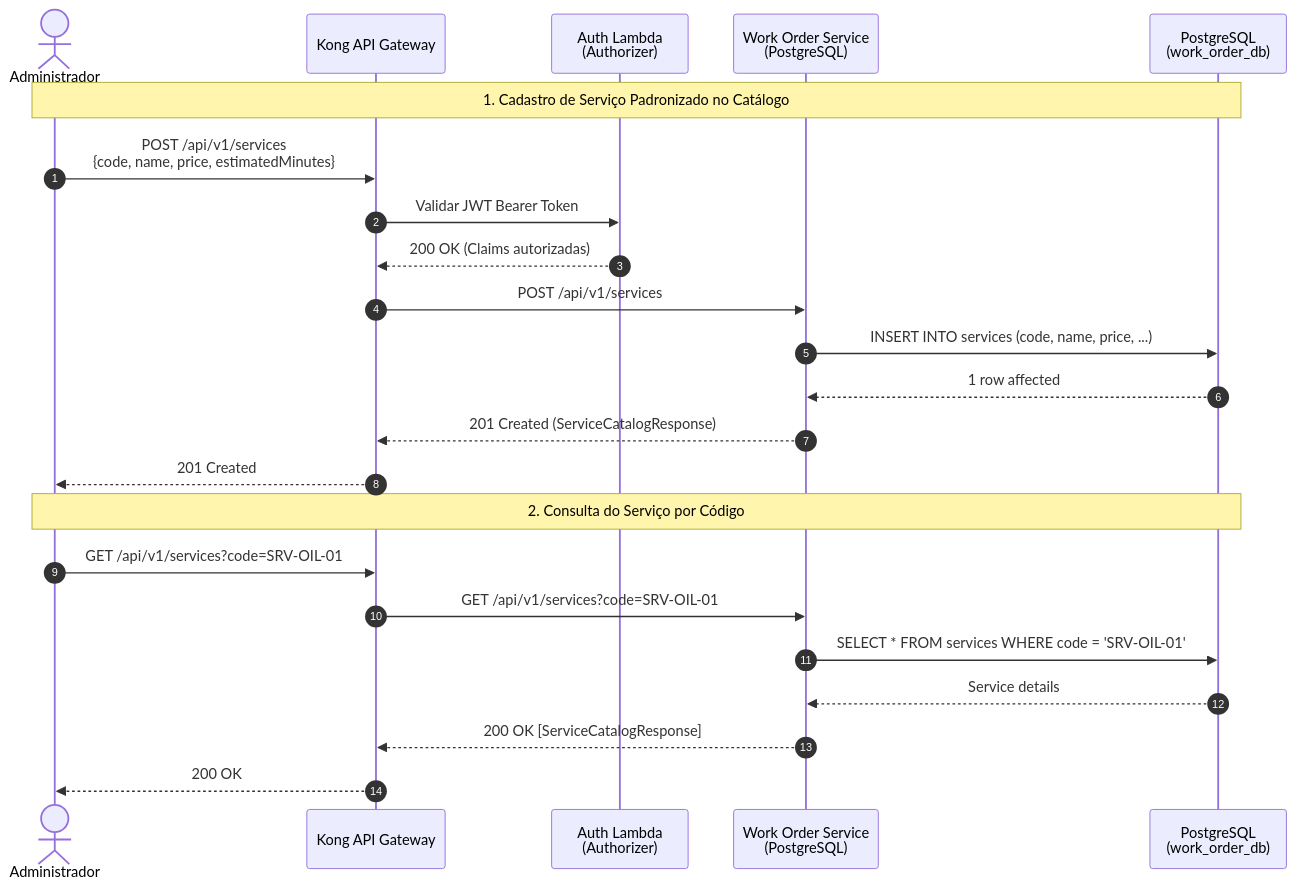
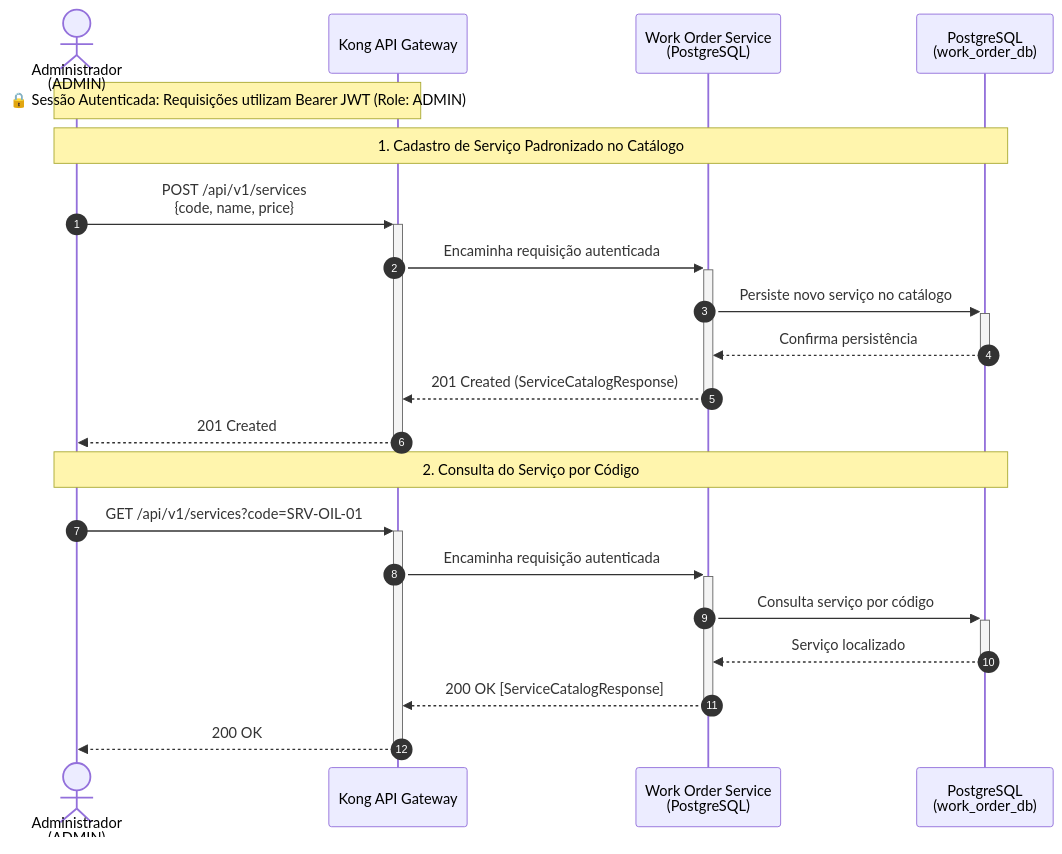
Before and after one commit to rodsordi/15soat-phase4-e2e: the diagram in src/test/resources/features/work-order/service_catalog_management.md, drawn with Mermaid. The commit also changed 12 other files, not shown here.

Commit message:
test(e2e): update work order step definitions and feature docs for restful query parameters

````diff
--- a/src/test/resources/features/work-order/service_catalog_management.md
+++ b/src/test/resources/features/work-order/service_catalog_management.md
@@ -6,27 +6,28 @@
 ```mermaid
 sequenceDiagram
     autonumber
-    actor Admin as Administrador
+    actor Admin as Administrador<br/>(ADMIN)
     participant Kong as Kong API Gateway
-    participant Auth as Auth Lambda<br/>(Authorizer)
     participant WorkOrder as Work Order Service<br/>(PostgreSQL)
     participant DB as PostgreSQL<br/>(work_order_db)
 
+    Note over Admin,Kong: 🔒 Sessão Autenticada: Requisições utilizam Bearer JWT (Role: ADMIN)
+
+    %% 1. Cadastro de Serviço Padronizado
     Note over Admin,DB: 1. Cadastro de Serviço Padronizado no Catálogo
-    Admin->>Kong: POST /api/v1/services<br/>{code, name, price, estimatedMinutes}
-    Kong->>Auth: Validar JWT Bearer Token
-    Auth-->>Kong: 200 OK (Claims autorizadas)
-    Kong->>WorkOrder: POST /api/v1/services
-    WorkOrder->>DB: INSERT INTO services (code, name, price, ...)
-    DB-->>WorkOrder: 1 row affected
-    WorkOrder-->>Kong: 201 Created (ServiceCatalogResponse)
-    Kong-->>Admin: 201 Created
+    Admin->>+Kong: POST /api/v1/services<br/>{code, name, price}
+    Kong->>+WorkOrder: Encaminha requisição autenticada
+    WorkOrder->>+DB: Persiste novo serviço no catálogo
+    DB-->>-WorkOrder: Confirma persistência
+    WorkOrder-->>-Kong: 201 Created (ServiceCatalogResponse)
+    Kong-->>-Admin: 201 Created
 
+    %% 2. Consulta de Serviço por Código
     Note over Admin,DB: 2. Consulta do Serviço por Código
-    Admin->>Kong: GET /api/v1/services?code=SRV-OIL-01
-    Kong->>WorkOrder: GET /api/v1/services?code=SRV-OIL-01
-    WorkOrder->>DB: SELECT * FROM services WHERE code = 'SRV-OIL-01'
-    DB-->>WorkOrder: Service details
-    WorkOrder-->>Kong: 200 OK [ServiceCatalogResponse]
-    Kong-->>Admin: 200 OK
+    Admin->>+Kong: GET /api/v1/services?code=SRV-OIL-01
+    Kong->>+WorkOrder: Encaminha requisição autenticada
+    WorkOrder->>+DB: Consulta serviço por código
+    DB-->>-WorkOrder: Serviço localizado
+    WorkOrder-->>-Kong: 200 OK [ServiceCatalogResponse]
+    Kong-->>-Admin: 200 OK
 ```
````
